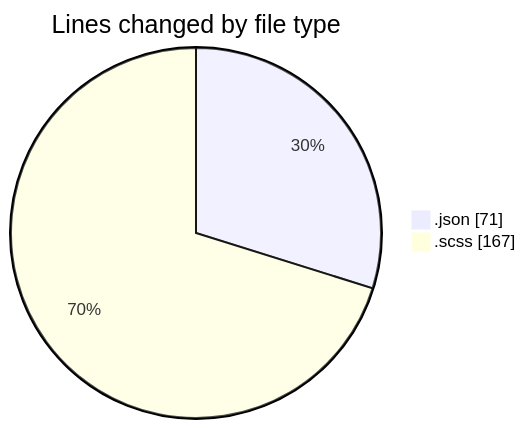
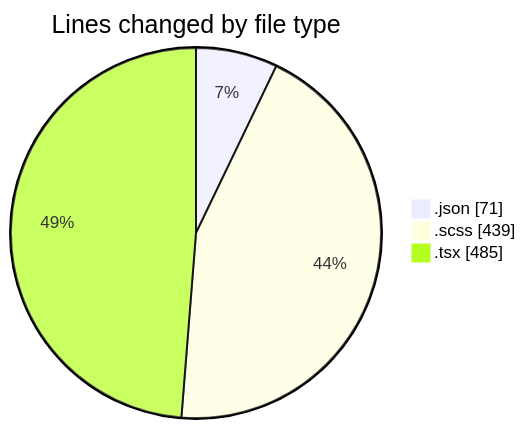
The first of 2 diagrams in 2026-02-17/cda/README.md (momahboobian/code-tracking), drawn with Mermaid before and after one commit. The commit also changed other lines of this file and 1 other file, not shown here.

````diff
--- a/2026-02-17/cda/README.md
+++ b/2026-02-17/cda/README.md
@@ -21,6 +23,7 @@
 ```mermaid
 pie showData
 title Lines changed by file type
 ".json" : 71
-".scss" : 167
+".scss" : 439
+".tsx" : 485
 ```
````
